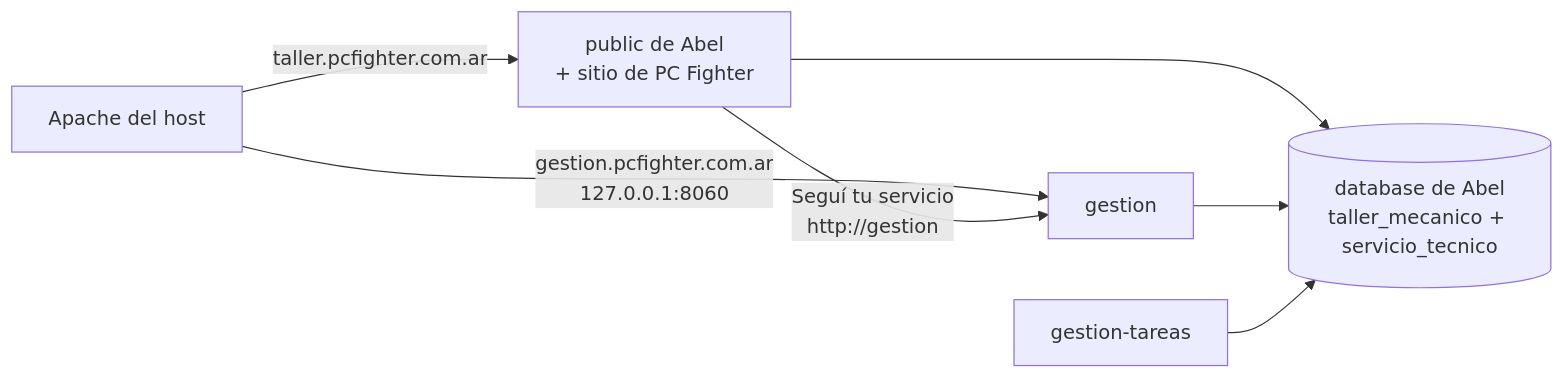
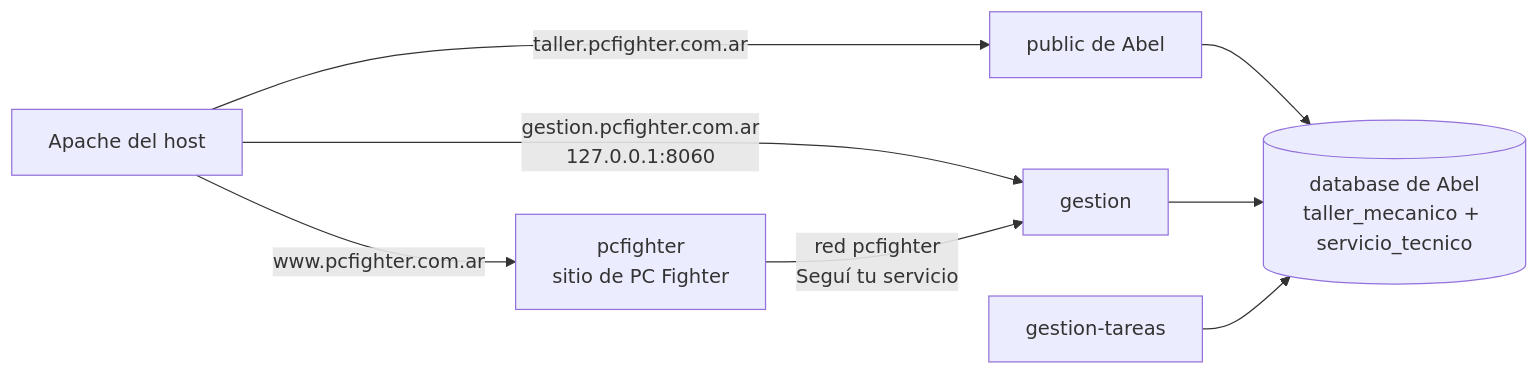
The diagram in README.md (Varucard/gestion-system), drawn with Mermaid before and after one commit. The commit also changed other lines of this file and 33 other files, not shown here.

````diff
--- a/README.md
+++ b/README.md
@@ -184,9 +185,10 @@
 ```mermaid
 flowchart LR
-  AP[Apache del host] -->|taller.pcfighter.com.ar| PUB[public de Abel<br/>+ sitio de PC Fighter]
+  AP[Apache del host] -->|taller.pcfighter.com.ar| PUB[public de Abel]
+  AP -->|www.pcfighter.com.ar| PCF[pcfighter<br/>sitio de PC Fighter]
   AP -->|gestion.pcfighter.com.ar<br/>127.0.0.1:8060| GES[gestion]
-  PUB -->|Seguí tu servicio<br/>http://gestion| GES
+  PCF -->|red pcfighter<br/>Seguí tu servicio| GES
   PUB --> DB[(database de Abel<br/>taller_mecanico + servicio_tecnico)]
   GES --> DB
   GT[gestion-tareas] --> DB
 ```
````
